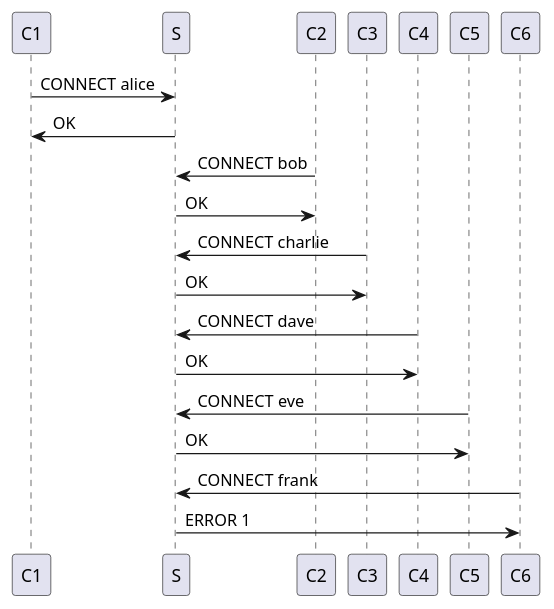
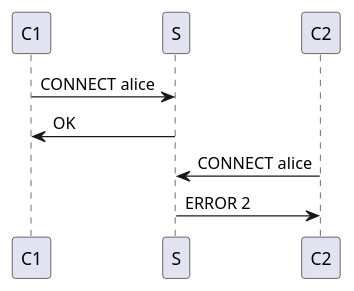
One commit to heig-vd-dai-course/heig-vd-dai-course changed the diagram in 11-define-an-application-protocol/images/example-2.plantuml. Above: the diagram before and after it, drawn with PlantUML. The commit also changed 14 other files, not shown here.

```diff
--- a/11-define-an-application-protocol/images/example-2.plantuml
+++ b/11-define-an-application-protocol/images/example-2.plantuml
@@ -1,14 +1,6 @@
 @startuml
 C1->S: CONNECT alice
 S->C1: OK
-C2->S: CONNECT bob
-S->C2: OK
-C3->S: CONNECT charlie
-S->C3: OK
-C4->S: CONNECT dave
-S->C4: OK
-C5->S: CONNECT eve
-S->C5: OK
-C6->S: CONNECT frank
-S->C6: ERROR 1
+C2->S: CONNECT alice
+S->C2: ERROR 2
 @enduml
```
